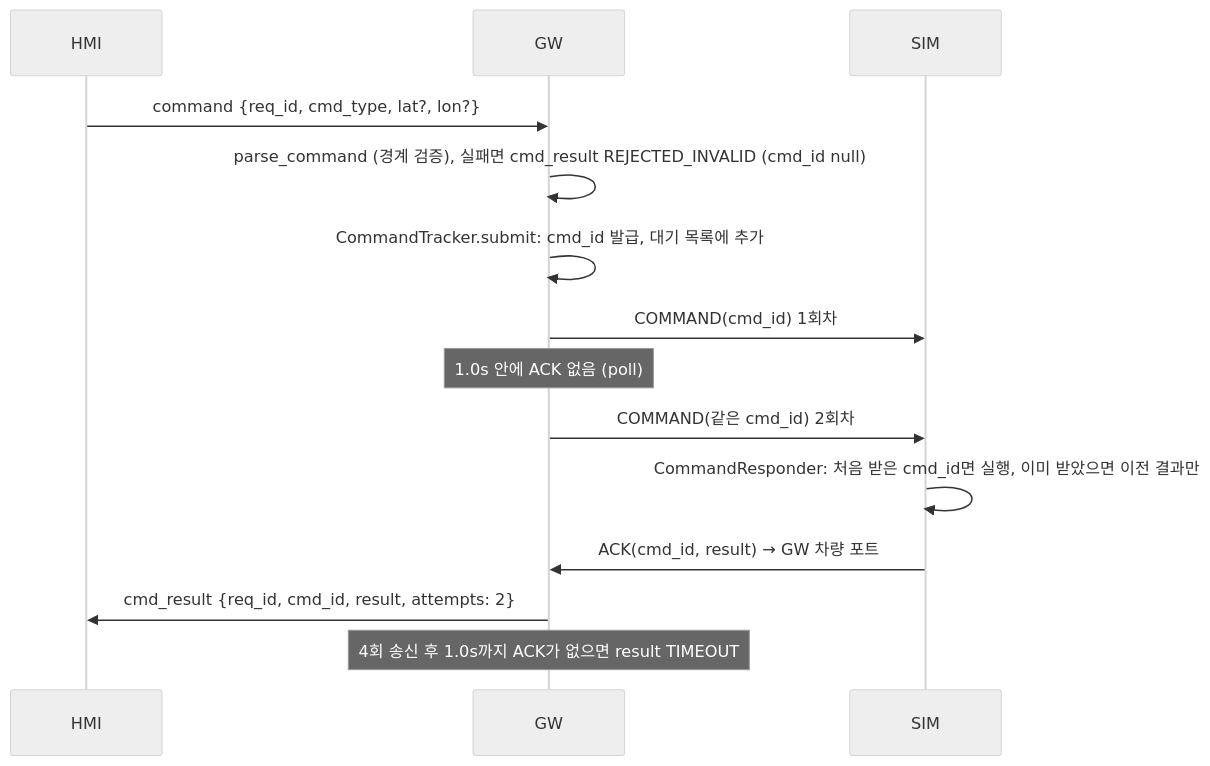
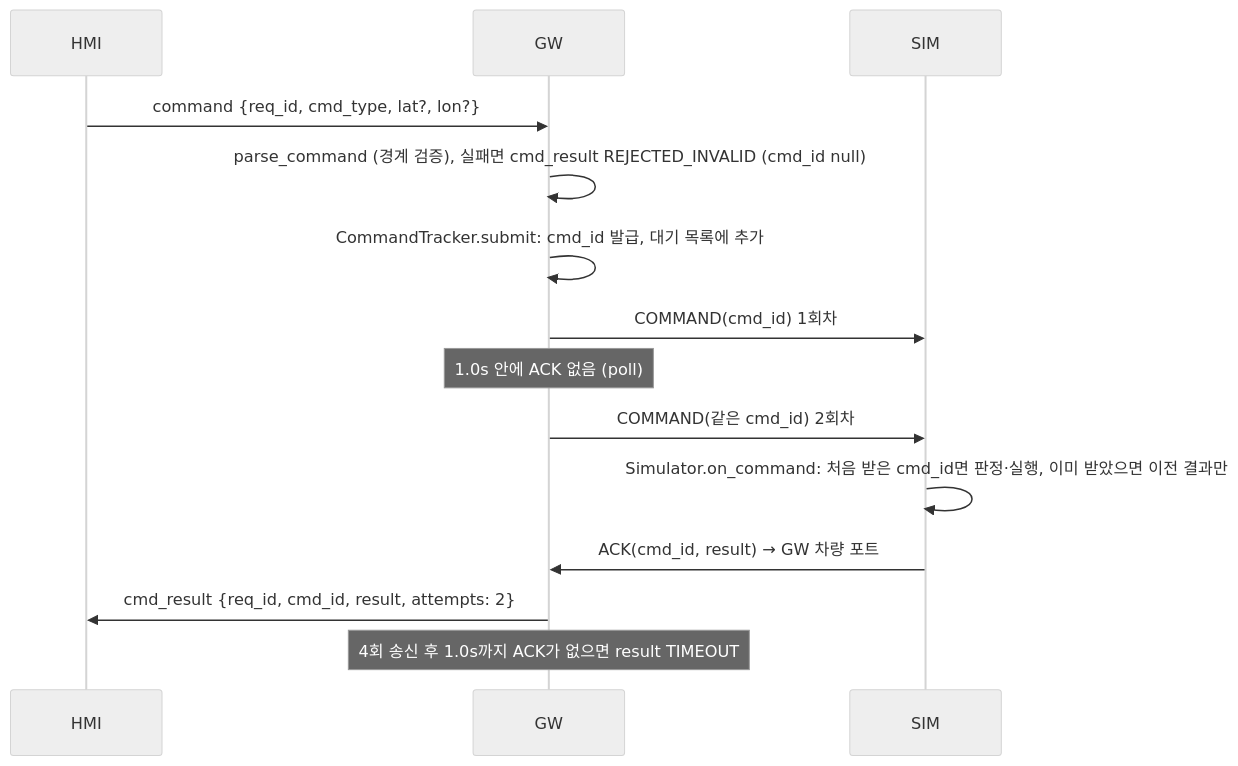
Before and after one commit to PuniPaw/ugv-control-hmi: the fourth of 7 diagrams in docs/03_SDD.md, drawn with Mermaid (neutral theme). The commit also changed other lines of this file and 1 other file, not shown here.

````diff
--- a/docs/03_SDD.md
+++ b/docs/03_SDD.md
@@ -160,16 +161,16 @@
 ```mermaid
 sequenceDiagram
     participant HMI
     participant GW
     participant SIM
     HMI->>GW: command {req_id, cmd_type, lat?, lon?}
     GW->>GW: parse_command (경계 검증), 실패면 cmd_result REJECTED_INVALID (cmd_id null)
     GW->>GW: CommandTracker.submit: cmd_id 발급, 대기 목록에 추가
     GW->>SIM: COMMAND(cmd_id) 1회차
     Note over GW: 1.0s 안에 ACK 없음 (poll)
     GW->>SIM: COMMAND(같은 cmd_id) 2회차
-    SIM->>SIM: CommandResponder: 처음 받은 cmd_id면 실행, 이미 받았으면 이전 결과만
+    SIM->>SIM: Simulator.on_command: 처음 받은 cmd_id면 판정·실행, 이미 받았으면 이전 결과만
     SIM->>GW: ACK(cmd_id, result) → GW 차량 포트
     GW->>HMI: cmd_result {req_id, cmd_id, result, attempts: 2}
     Note over GW: 4회 송신 후 1.0s까지 ACK가 없으면 result TIMEOUT
 ```
````
